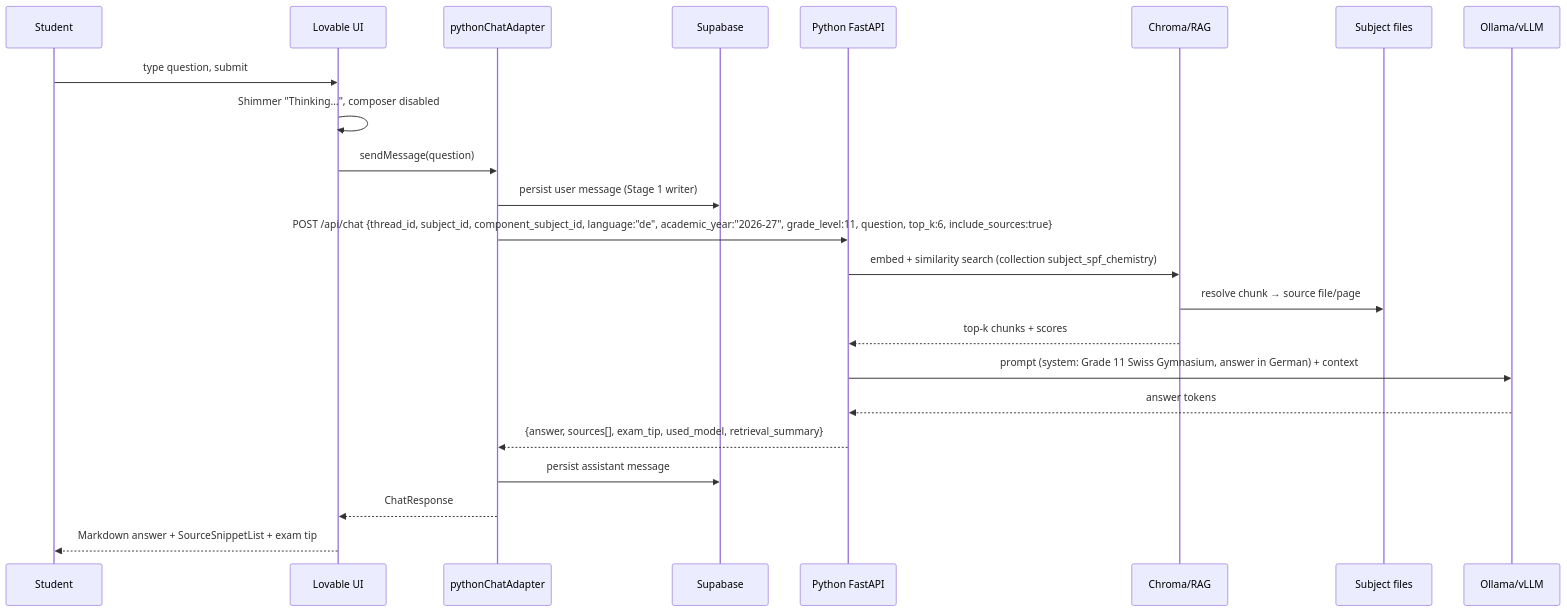
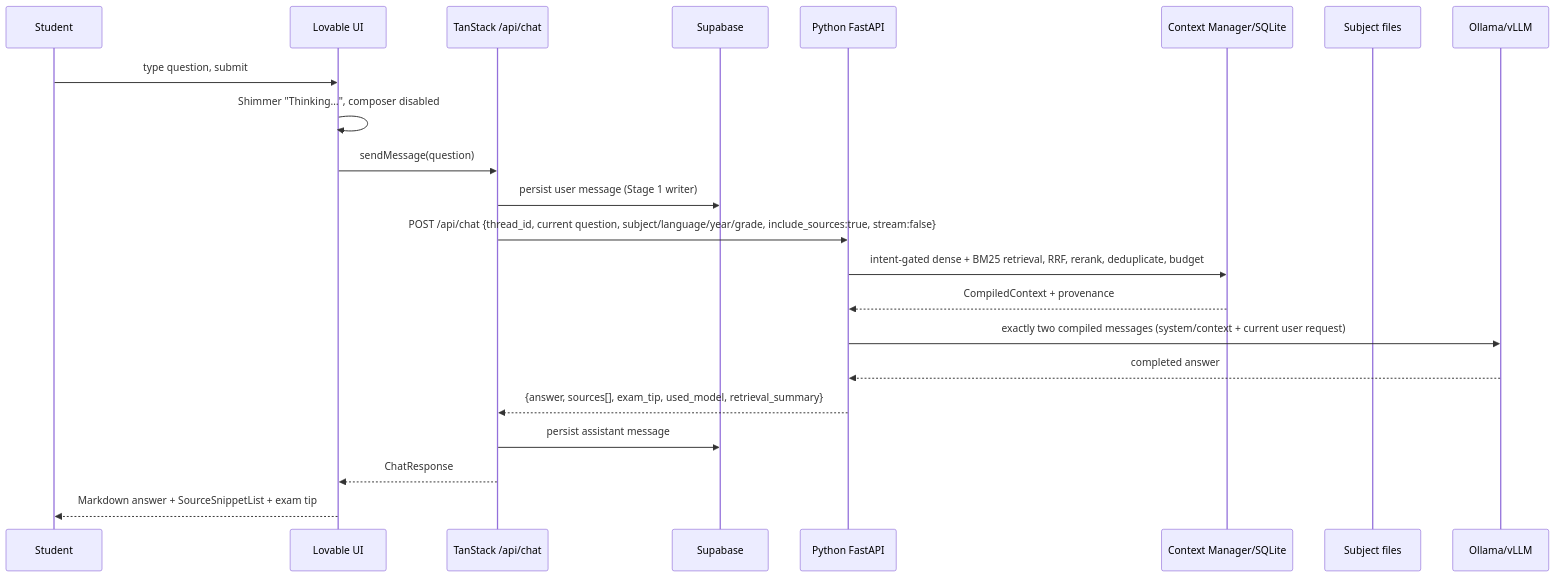
Before and after one commit to keyshavmor/study-swiss-star: the sixth of 14 diagrams in docs/USER_FLOWS.md, drawn with Mermaid. The commit also changed other lines of this file and 75 other files, not shown here.

Commit message:
context manager added

````diff
--- a/docs/USER_FLOWS.md
+++ b/docs/USER_FLOWS.md
@@ -119,25 +120,24 @@
 ```mermaid
 sequenceDiagram
     participant Student
     participant UI as Lovable UI
-    participant SF as pythonChatAdapter
+    participant SF as TanStack /api/chat
     participant SB as Supabase
     participant PY as Python FastAPI
-    participant RAG as Chroma/RAG
+    participant RAG as Context Manager/SQLite
     participant FILES as Subject files
     participant LLM as Ollama/vLLM
     Student->>UI: type question, submit
     UI->>UI: Shimmer "Thinking…", composer disabled
     UI->>SF: sendMessage(question)
     SF->>SB: persist user message (Stage 1 writer)
-    SF->>PY: POST /api/chat {thread_id, subject_id, component_subject_id, language:"de", academic_year:"2026-27", grade_level:11, question, top_k:6, include_sources:true}
-    PY->>RAG: embed + similarity search (collection subject_spf_chemistry)
-    RAG->>FILES: resolve chunk → source file/page
-    RAG-->>PY: top-k chunks + scores
-    PY->>LLM: prompt (system: Grade 11 Swiss Gymnasium, answer in German) + context
-    LLM-->>PY: answer tokens
+    SF->>PY: POST /api/chat {thread_id, current question, subject/language/year/grade, include_sources:true, stream:false}
+    PY->>RAG: intent-gated dense + BM25 retrieval, RRF, rerank, deduplicate, budget
+    RAG-->>PY: CompiledContext + provenance
+    PY->>LLM: exactly two compiled messages (system/context + current user request)
+    LLM-->>PY: completed answer
     PY-->>SF: {answer, sources[], exam_tip, used_model, retrieval_summary}
     SF->>SB: persist assistant message
     SF-->>UI: ChatResponse
     UI-->>Student: Markdown answer + SourceSnippetList + exam tip
 ```
````
